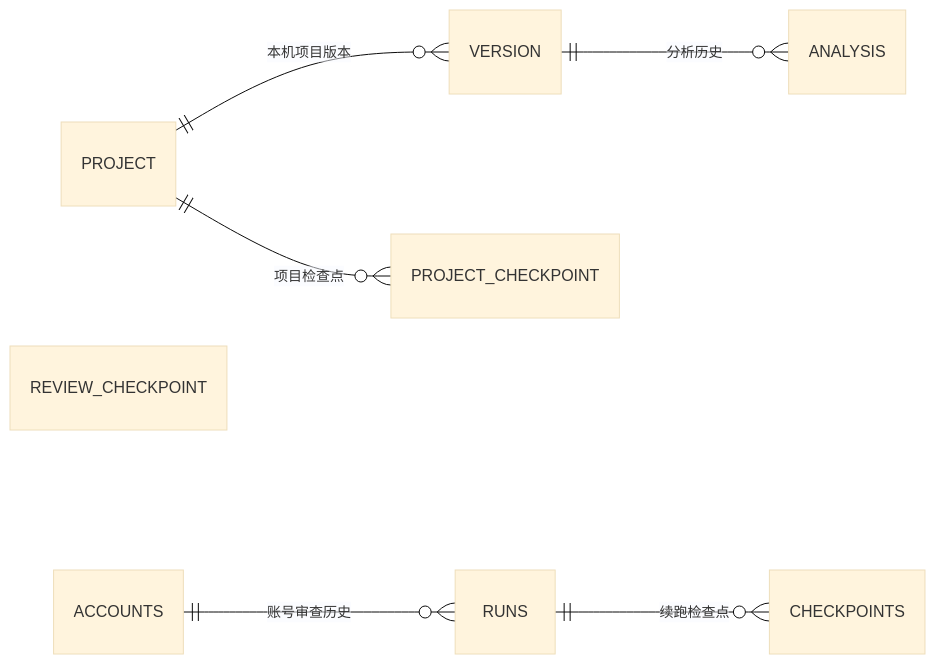
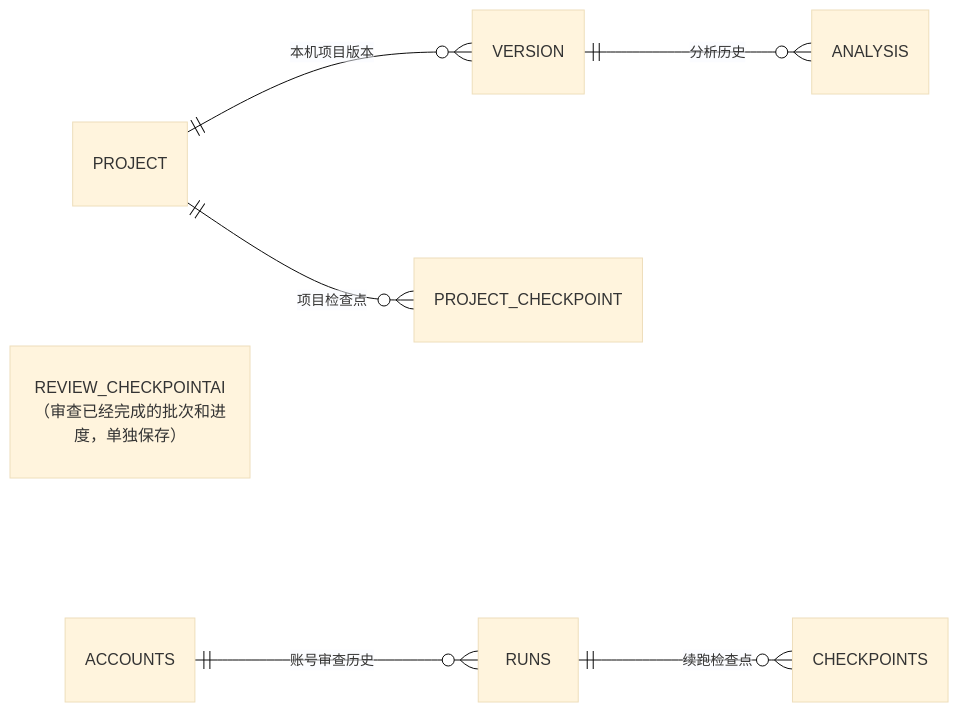
The third of 3 diagrams in docs/slides/slides.md (kane0204/CodeLens), drawn with Mermaid (base theme) before and after one commit. The commit also changed other lines of this file, not shown here.

````diff
--- a/docs/slides/slides.md
+++ b/docs/slides/slides.md
@@ -255,10 +431,10 @@
 ```mermaid
 erDiagram
     direction LR
     PROJECT ||--o{ VERSION : "本机项目版本"
     VERSION ||--o{ ANALYSIS : "分析历史"
     PROJECT ||--o{ PROJECT_CHECKPOINT : "项目检查点"
-    REVIEW_CHECKPOINT
+    REVIEW_CHECKPOINTAI（审查已经完成的批次和进度，单独保存）
     ACCOUNTS ||--o{ RUNS : "账号审查历史"
     RUNS ||--o{ CHECKPOINTS : "续跑检查点"
 ```
````
